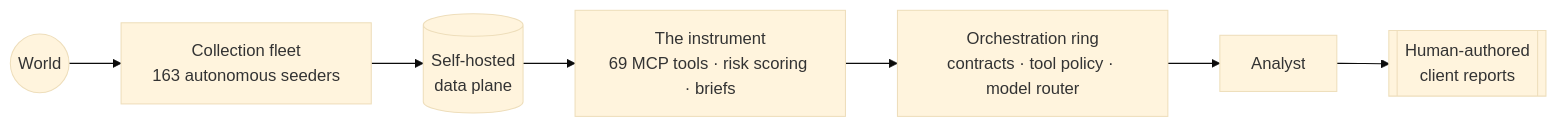
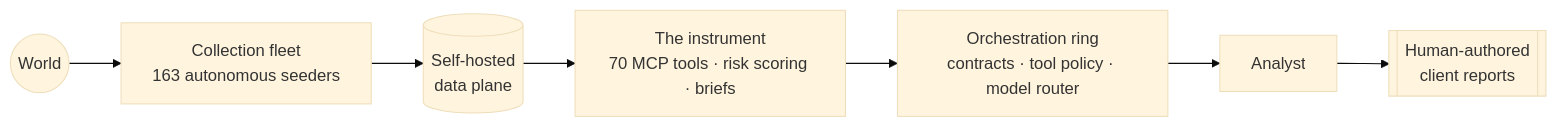
Before and after one commit to clduab11/the-synactic: the diagram in README.md, drawn with Mermaid (base theme). The commit also changed 81 other files, not shown here.

First line of the commit message:
feat(kraken): first-class Kraken spot surface — seeder, panel, MCP tool (70 tools)

````diff
--- a/README.md
+++ b/README.md
@@ -73,9 +73,9 @@
 ```mermaid
 flowchart LR
   W((World)) --> C[Collection fleet<br/>163 autonomous seeders]
   C --> D[(Self-hosted<br/>data plane)]
-  D --> I[The instrument<br/>69 MCP tools · risk scoring · briefs]
+  D --> I[The instrument<br/>70 MCP tools · risk scoring · briefs]
   I --> O[Orchestration ring<br/>contracts · tool policy · model router]
   O --> A[Analyst]
   A --> R[[Human-authored<br/>client reports]]
 ```
````
